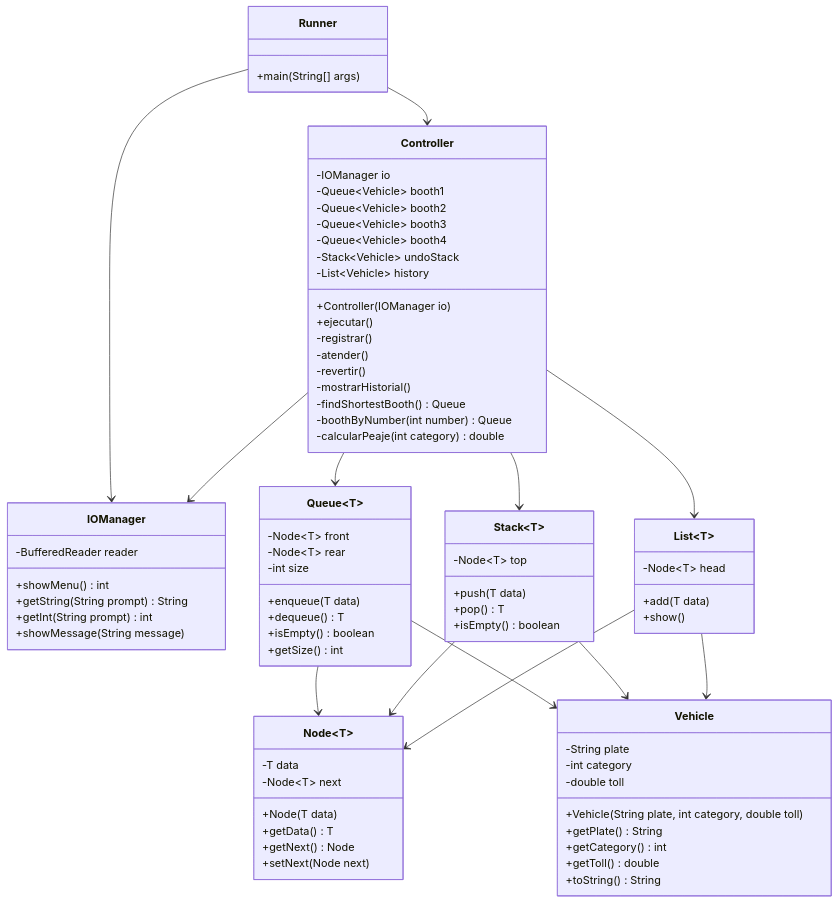
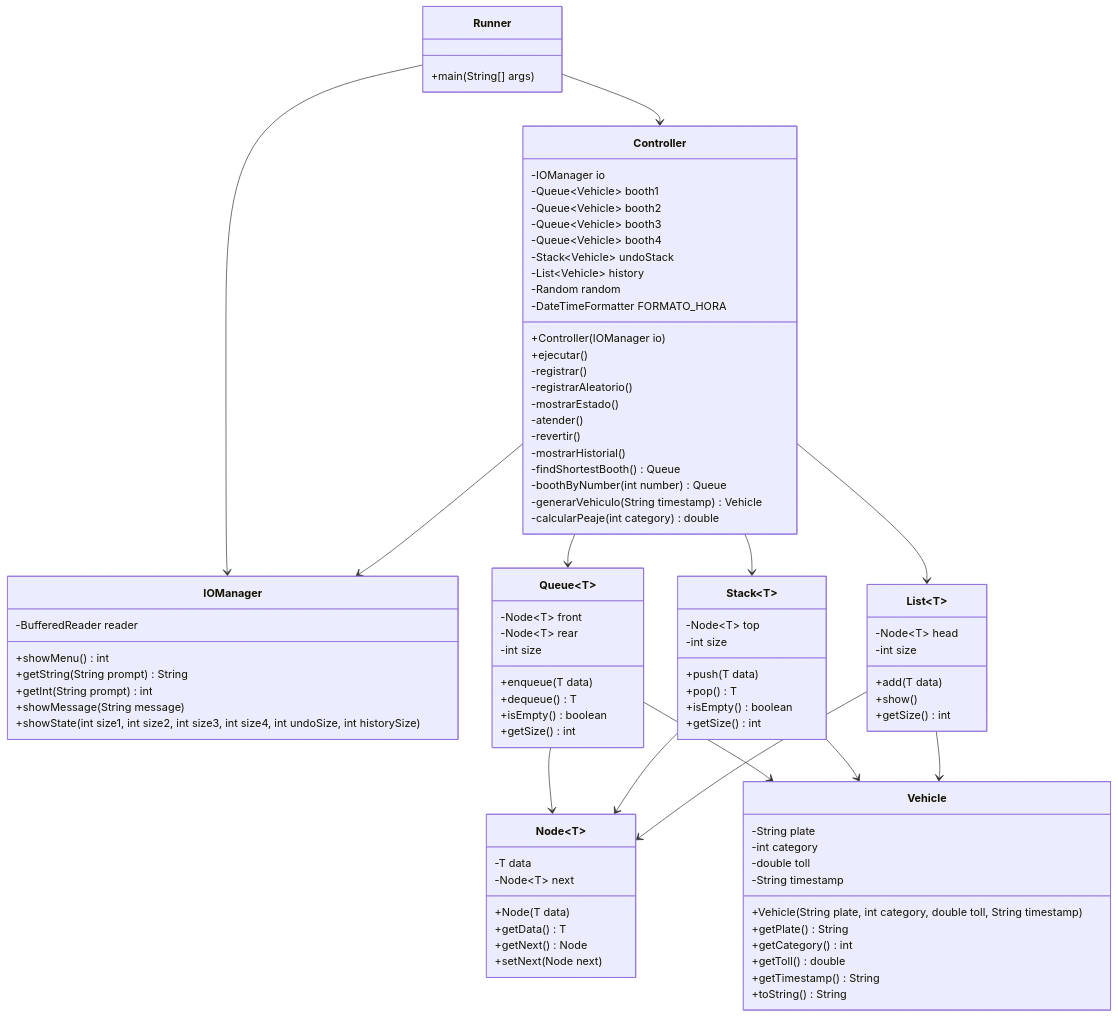
One commit to asf0828/java-oop-data-structures changed the diagram in PeajeInteligente/README.md. Above: the diagram before and after it, drawn with Mermaid. The commit also changed other lines of this file and 5 other files, not shown here.

First line of the commit message:
feat(PeajeInteligente): registro aleatorio, estado actual y tarifas reales

```diff
--- a/PeajeInteligente/README.md
+++ b/PeajeInteligente/README.md
@@ -21,14 +21,19 @@
         -Queue~Vehicle~ booth4
         -Stack~Vehicle~ undoStack
         -List~Vehicle~ history
+        -Random random
+        -DateTimeFormatter FORMATO_HORA
         +Controller(IOManager io)
         +ejecutar()
         -registrar()
+        -registrarAleatorio()
+        -mostrarEstado()
         -atender()
         -revertir()
         -mostrarHistorial()
         -findShortestBooth() Queue
         -boothByNumber(int number) Queue
+        -generarVehiculo(String timestamp) Vehicle
         -calcularPeaje(int category) double
     }
     class IOManager {
@@ -37,15 +42,18 @@
         +getString(String prompt) String
         +getInt(String prompt) int
         +showMessage(String message)
+        +showState(int size1, int size2, int size3, int size4, int undoSize, int historySize)
     }
     class Vehicle {
         -String plate
         -int category
         -double toll
-        +Vehicle(String plate, int category, double toll)
+        -String timestamp
+        +Vehicle(String plate, int category, double toll, String timestamp)
         +getPlate() String
         +getCategory() int
         +getToll() double
+        +getTimestamp() String
         +toString() String
     }
     class Queue~T~ {
@@ -59,14 +67,18 @@
     }
     class Stack~T~ {
         -Node~T~ top
+        -int size
         +push(T data)
         +pop() T
         +isEmpty() boolean
+        +getSize() int
     }
     class List~T~ {
         -Node~T~ head
+        -int size
         +add(T data)
         +show()
+        +getSize() int
     }
     class Node~T~ {
         -T data
```
